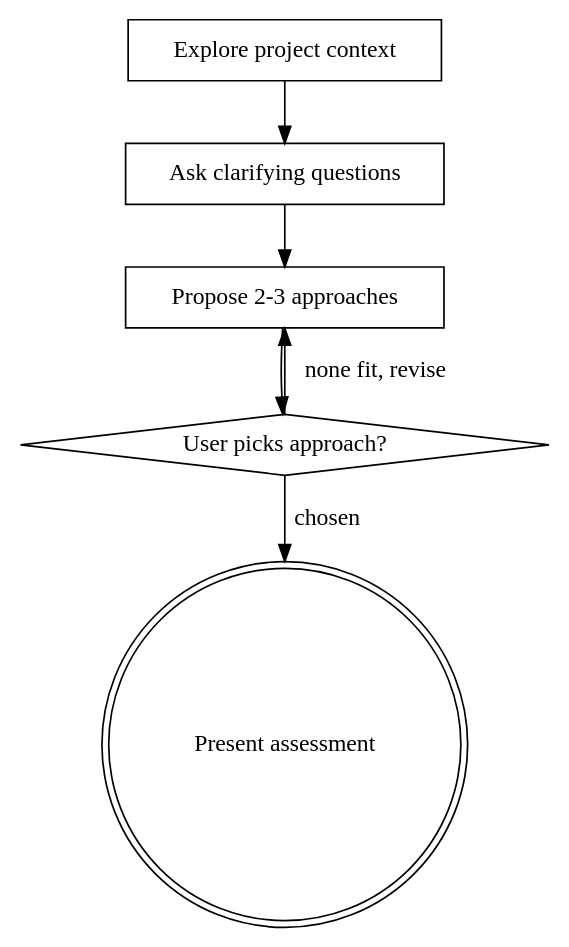
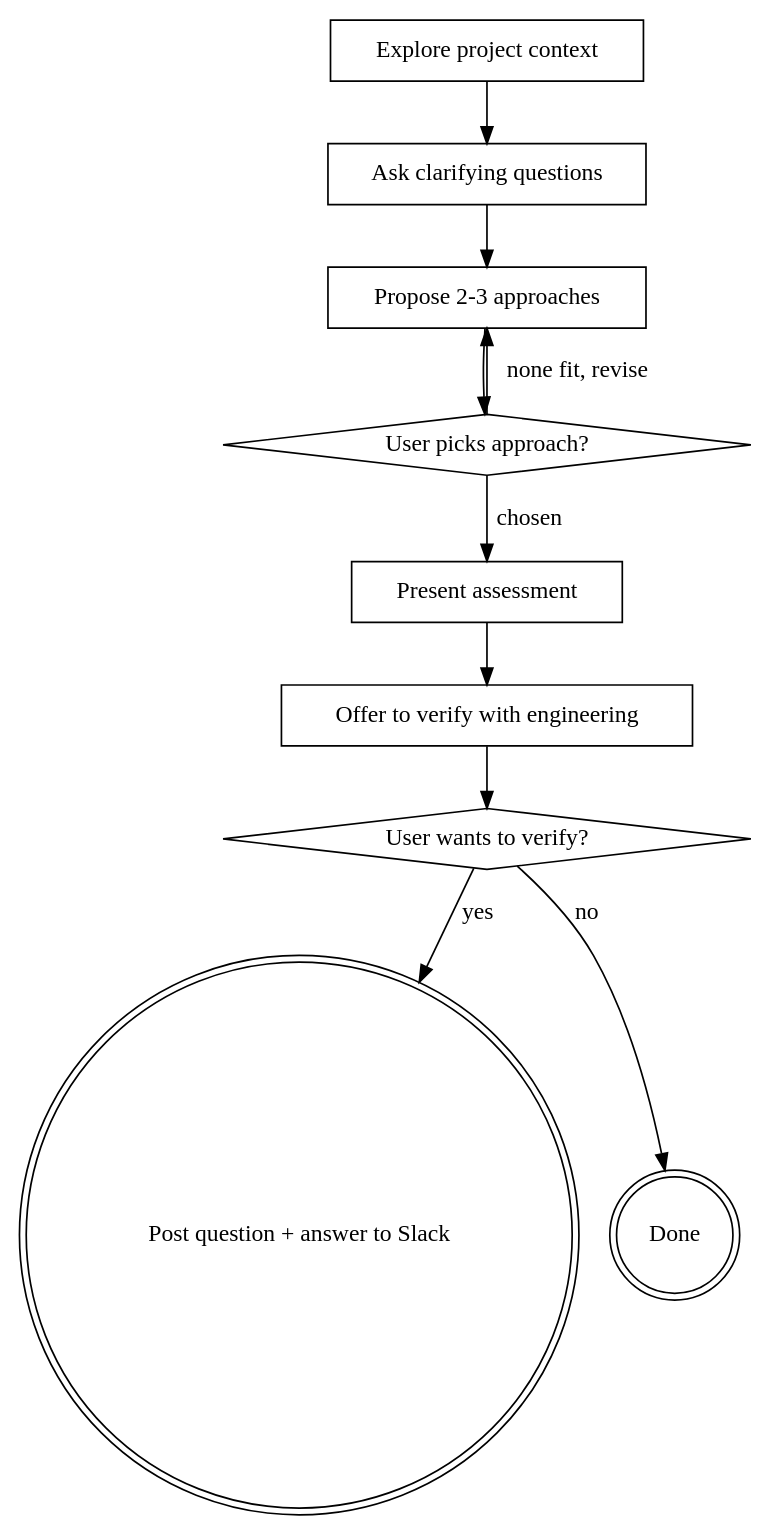
The diagram in plugin/skills/assess/SKILL.md (leoawesome/assess), drawn with Graphviz before and after one commit. The commit also changed other lines of this file and 3 other files, not shown here.

First line of the commit message:
Replace brainstorming handoff with verify-with-engineering Slack step

````diff
--- a/plugin/skills/assess/SKILL.md
+++ b/plugin/skills/assess/SKILL.md
@@ -44,15 +45,23 @@
 ```dot
 digraph assess {
     "Explore project context" [shape=box];
     "Ask clarifying questions" [shape=box];
     "Propose 2-3 approaches" [shape=box];
     "User picks approach?" [shape=diamond];
-    "Present assessment" [shape=doublecircle];
+    "Present assessment" [shape=box];
+    "Offer to verify with engineering" [shape=box];
+    "User wants to verify?" [shape=diamond];
+    "Post question + answer to Slack" [shape=doublecircle];
+    "Done" [shape=doublecircle];
 
     "Explore project context" -> "Ask clarifying questions";
     "Ask clarifying questions" -> "Propose 2-3 approaches";
     "Propose 2-3 approaches" -> "User picks approach?";
     "User picks approach?" -> "Propose 2-3 approaches" [label="none fit, revise"];
     "User picks approach?" -> "Present assessment" [label="chosen"];
+    "Present assessment" -> "Offer to verify with engineering";
+    "Offer to verify with engineering" -> "User wants to verify?";
+    "User wants to verify?" -> "Post question + answer to Slack" [label="yes"];
+    "User wants to verify?" -> "Done" [label="no"];
 }
 ```
````
